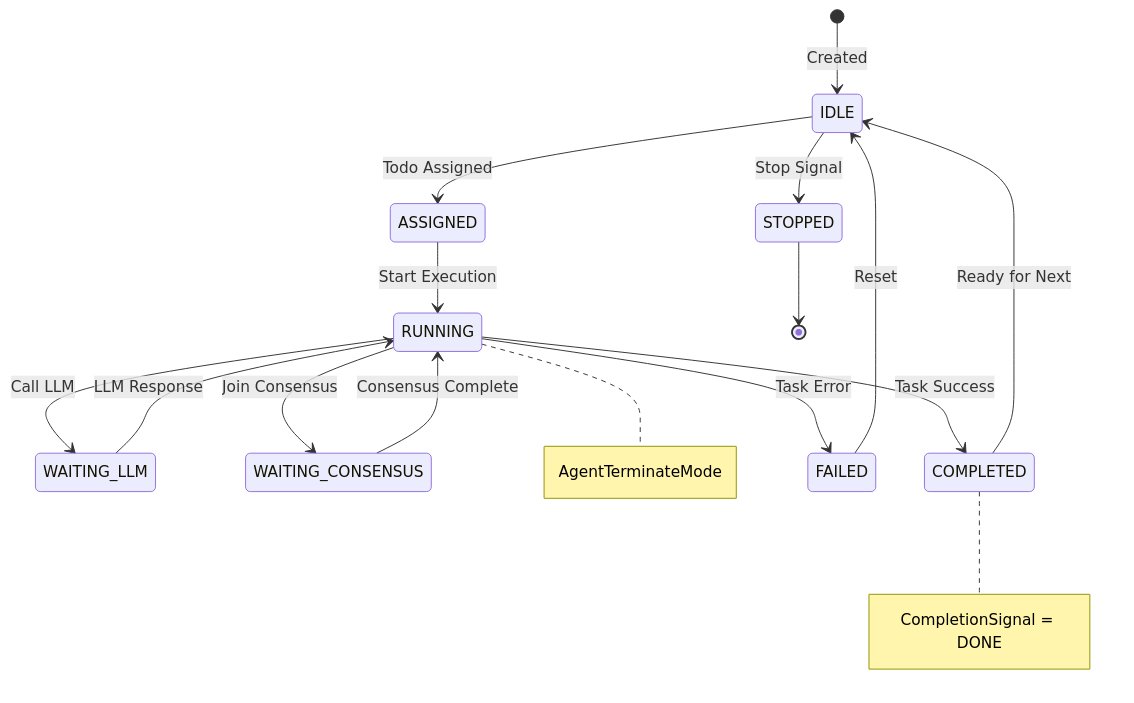
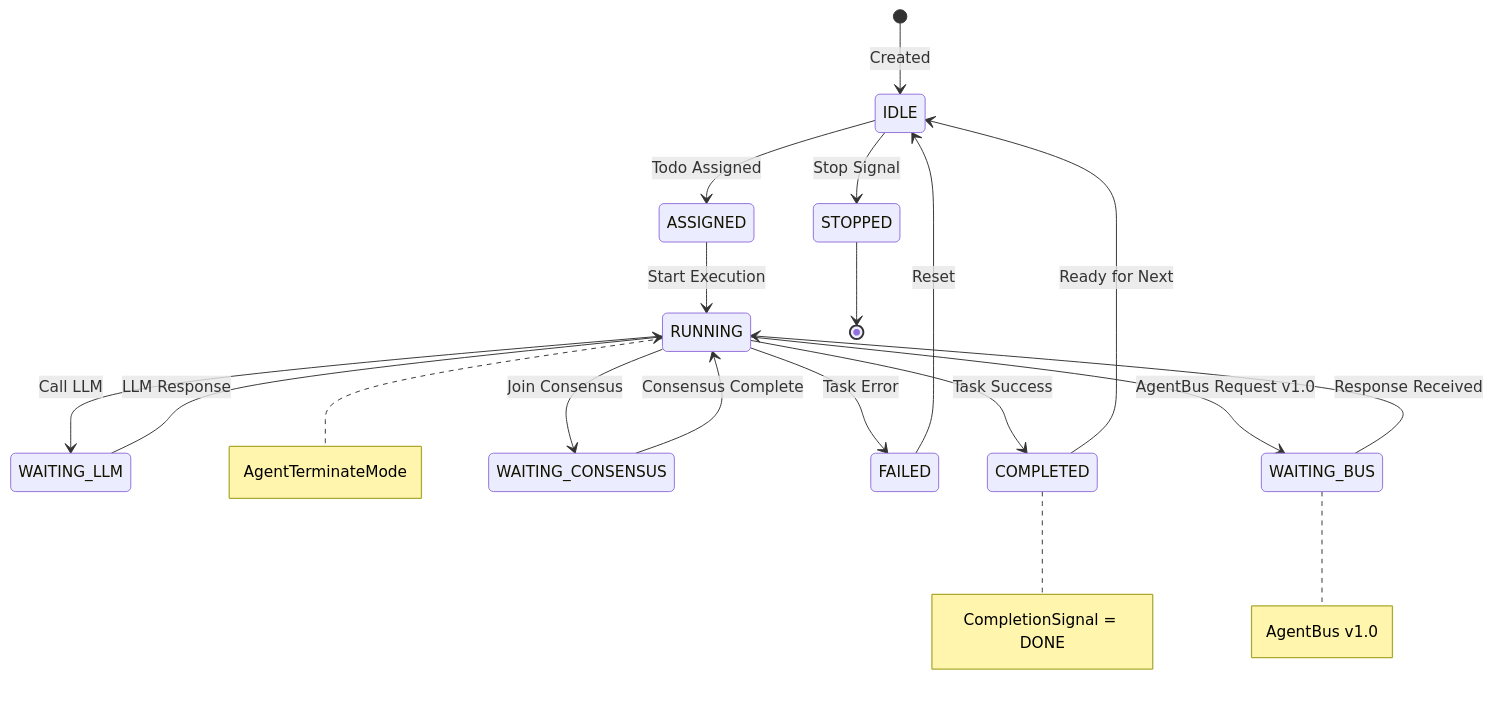
One commit to sabill123/ontology changed the third of 12 diagrams in docs/diagrams/05-agent-orchestration.md. Above: the diagram before and after it, drawn with Mermaid. The commit also changed other lines of this file and 176 other files, not shown here.

````diff
--- a/docs/diagrams/05-agent-orchestration.md
+++ b/docs/diagrams/05-agent-orchestration.md
@@ -105,25 +119,29 @@
 ```mermaid
 stateDiagram-v2
     [*] --> IDLE: Created
 
     IDLE --> ASSIGNED: Todo Assigned
     ASSIGNED --> RUNNING: Start Execution
 
     RUNNING --> WAITING_LLM: Call LLM
     WAITING_LLM --> RUNNING: LLM Response
+
+    RUNNING --> WAITING_BUS: AgentBus Request v1.0
+    WAITING_BUS --> RUNNING: Response Received
 
     RUNNING --> WAITING_CONSENSUS: Join Consensus
     WAITING_CONSENSUS --> RUNNING: Consensus Complete
 
     RUNNING --> COMPLETED: Task Success
     RUNNING --> FAILED: Task Error
 
     COMPLETED --> IDLE: Ready for Next
     FAILED --> IDLE: Reset
 
     IDLE --> STOPPED: Stop Signal
     STOPPED --> [*]
 
     note right of RUNNING: AgentTerminateMode
     note right of COMPLETED: CompletionSignal = DONE
+    note right of WAITING_BUS: AgentBus v1.0
 ```
````
